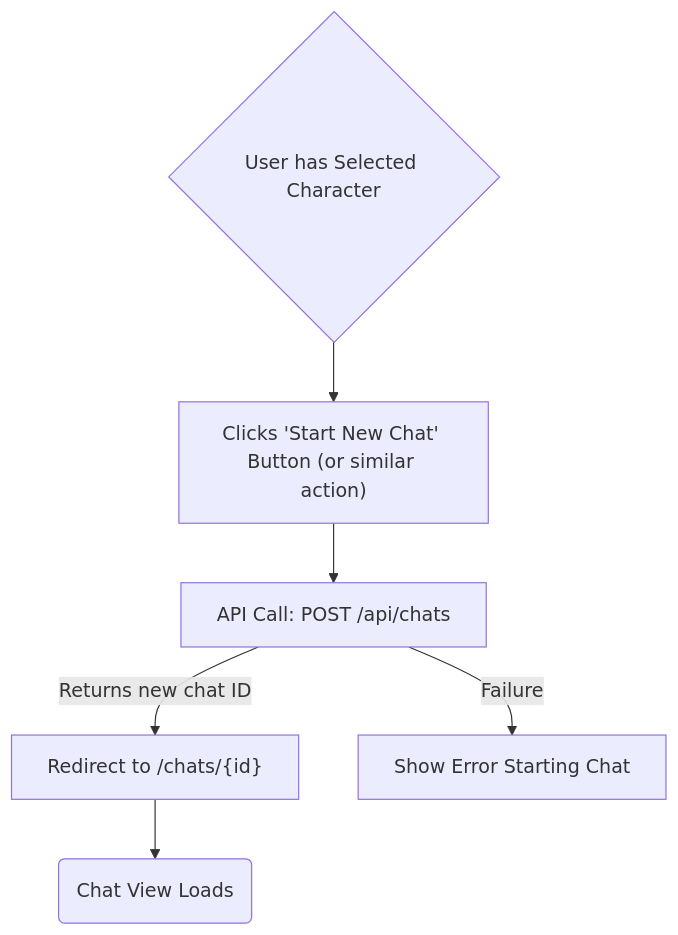
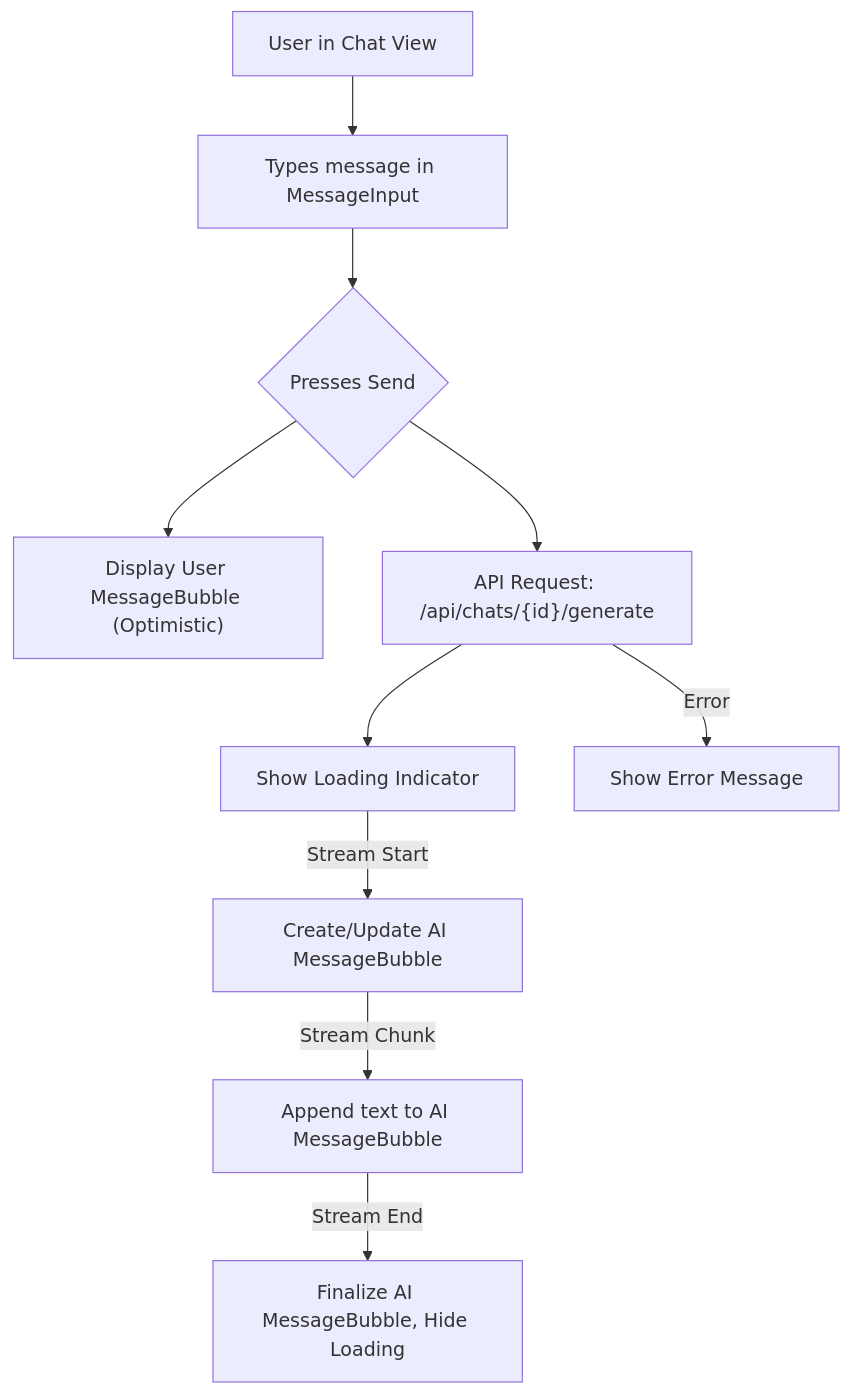
One commit to sanguinehost/scribe changed the third of 4 diagrams in docs/UI_UX_SPECIFICATION.md. Above: the diagram before and after it, drawn with Mermaid. The commit also changed other lines of this file and 1 other file, not shown here.

````diff
--- a/docs/UI_UX_SPECIFICATION.md
+++ b/docs/UI_UX_SPECIFICATION.md
@@ -232,8 +262,12 @@
 ```mermaid
 graph TD
-    A{User has Selected Character} --> B["Clicks 'Start New Chat' Button (or similar action)"];
-    B --> C[API Call: POST /api/chats];
-    C -- Returns new chat ID --> D["Redirect to /chats/{id}"];
-    C -- Failure --> E[Show Error Starting Chat];
-    D --> F(Chat View Loads);
+    A["User in Chat View"] --> B["Types message in MessageInput"];
+    B --> C{"Presses Send"};
+    C --> D["Display User MessageBubble (Optimistic)"];
+    C --> E["API Request: /api/chats/{id}/generate"];
+    E --> F["Show Loading Indicator"];
+    F -- Stream Start --> G["Create/Update AI MessageBubble"];
+    G -- Stream Chunk --> H["Append text to AI MessageBubble"];
+    H -- Stream End --> I["Finalize AI MessageBubble, Hide Loading"];
+    E -- Error --> J["Show Error Message"];
 ```
````
